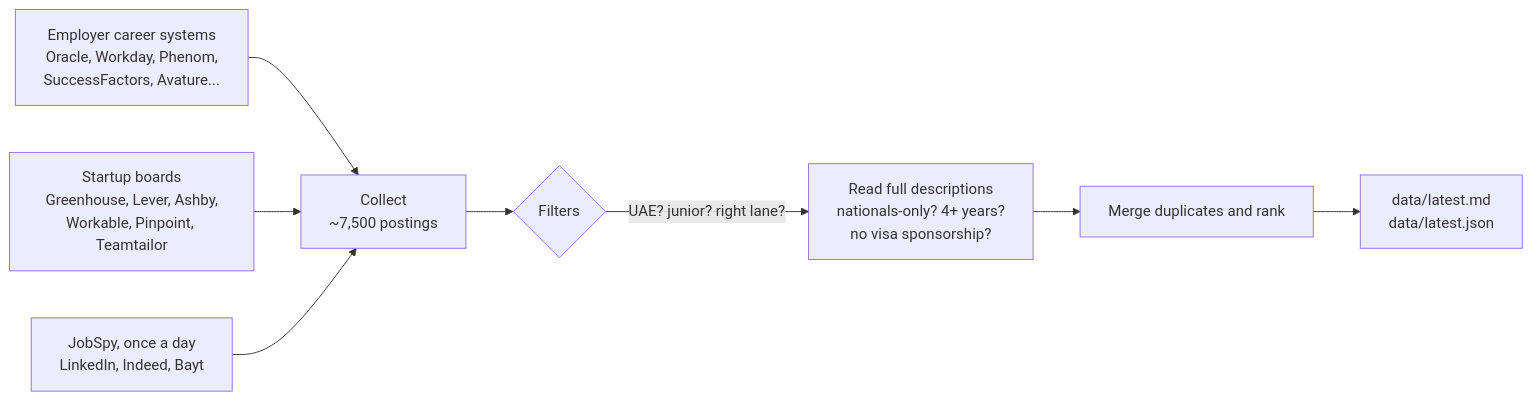
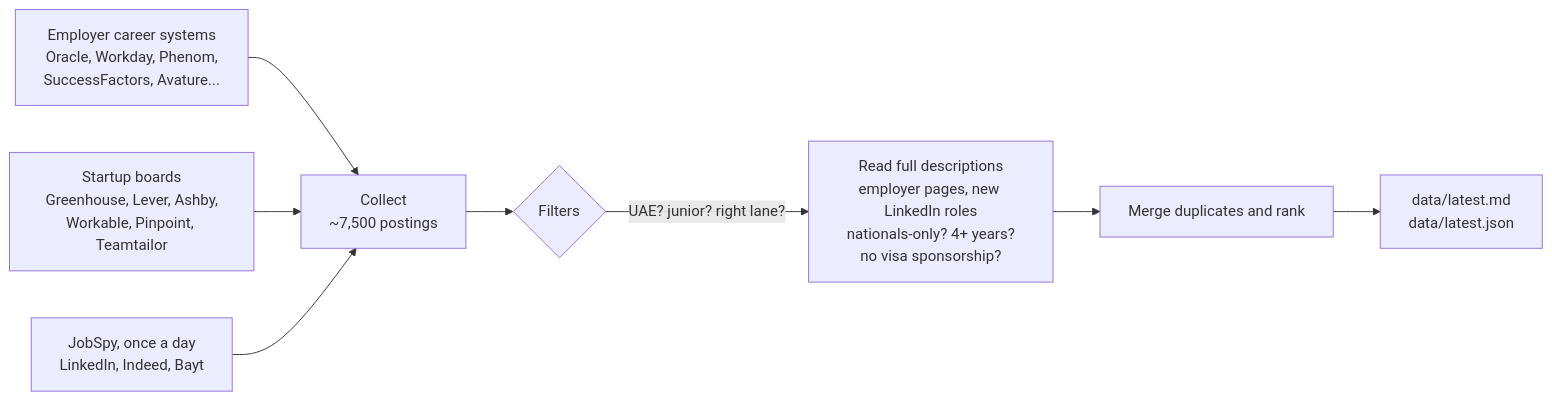
Before and after one commit to Skapos-crypto/uae-job-engine: the diagram in README.md, drawn with Mermaid. The commit also changed other lines of this file and 6 other files, not shown here.

````diff
--- a/README.md
+++ b/README.md
@@ -49,10 +49,10 @@
 ```mermaid
 flowchart LR
     A[Employer career systems<br/>Oracle, Workday, Phenom,<br/>SuccessFactors, Avature...] --> C
     B[Startup boards<br/>Greenhouse, Lever, Ashby,<br/>Workable, Pinpoint, Teamtailor] --> C
     J[JobSpy, once a day<br/>LinkedIn, Indeed, Bayt] --> C
     C[Collect<br/>~7,500 postings] --> F{Filters}
-    F -->|UAE? junior? right lane?| D[Read full descriptions<br/>nationals-only? 4+ years?<br/>no visa sponsorship?]
+    F -->|UAE? junior? right lane?| D[Read full descriptions<br/>employer pages, new LinkedIn roles<br/>nationals-only? 4+ years?<br/>no visa sponsorship?]
     D --> R[Merge duplicates and rank]
     R --> O[data/latest.md<br/>data/latest.json]
 ```
````
